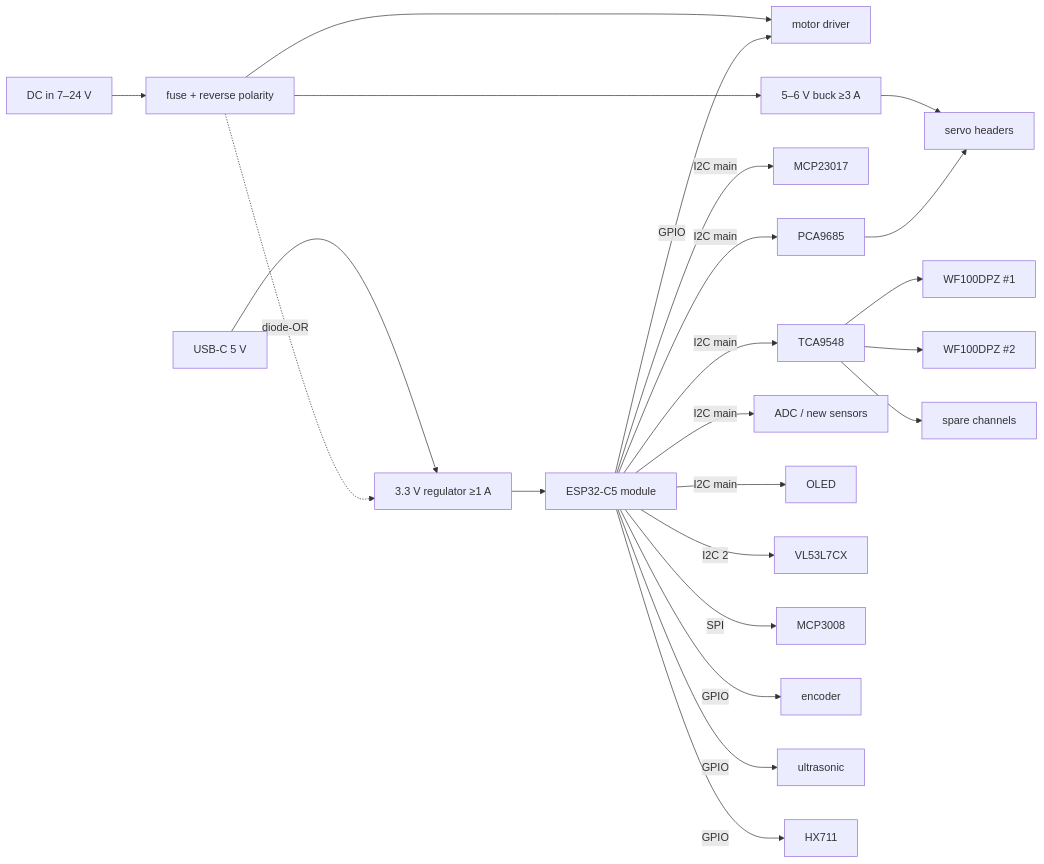
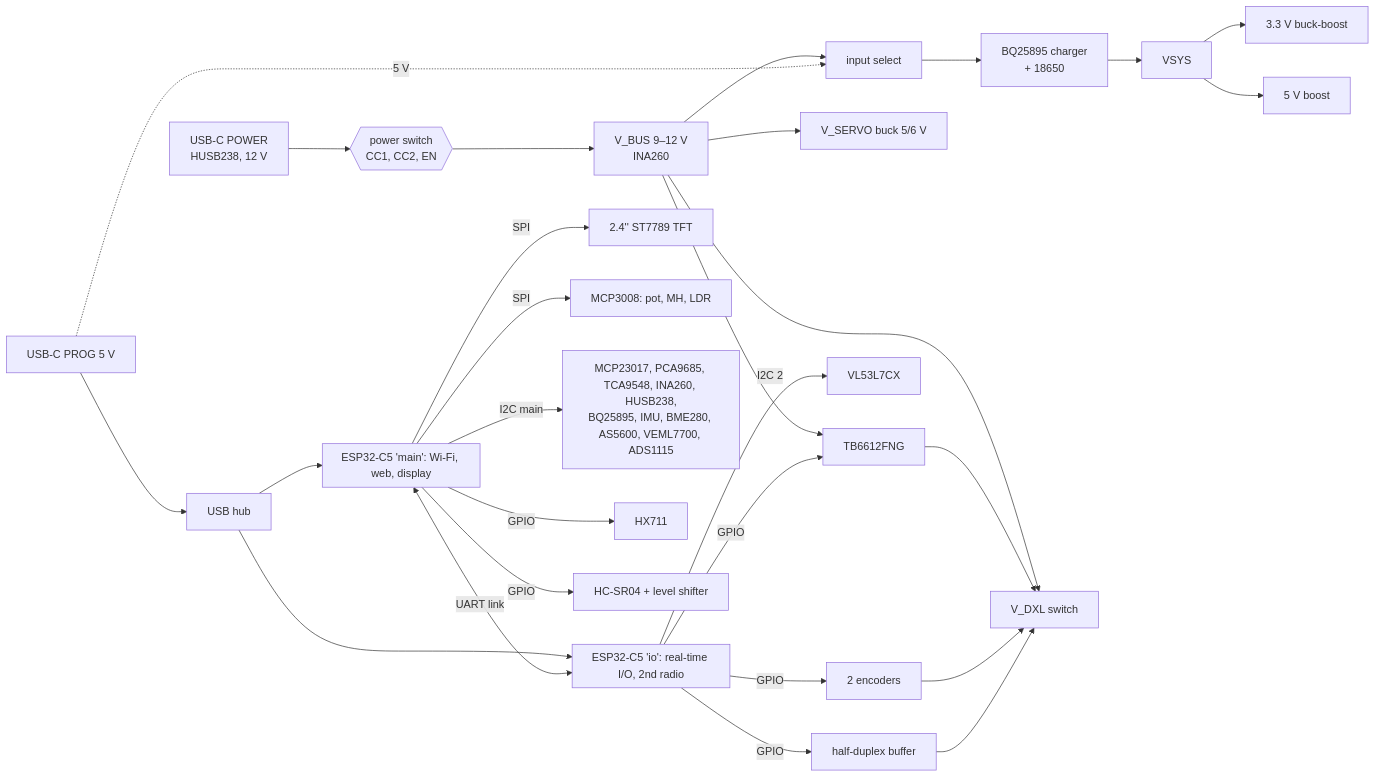
Before and after one commit to vgroenhuis/SensorTestSetup: the diagram in Electronics_KiCad/PCB_SPEC.md, drawn with Mermaid. The commit also changed other lines of this file, not shown here.

````diff
--- a/Electronics_KiCad/PCB_SPEC.md
+++ b/Electronics_KiCad/PCB_SPEC.md
@@ -67,15 +42,23 @@
 ```mermaid
 flowchart LR
-  USB[USB-C 5 V] --> LDO[3.3 V regulator ≥1 A]
-  DC[DC in 7–24 V] --> PROT[fuse + reverse polarity]
-  PROT --> MOT[motor driver]
-  PROT --> BUCK[5–6 V buck ≥3 A] --> SERVO[servo headers]
-  PROT -. diode-OR .-> LDO
-  LDO --> C5[ESP32-C5 module]
-  C5 -- I2C main --> MCP23017 & PCA9685 & TCA9548 & ADC2[ADC / new sensors] & OLED
-  TCA9548 --> P0[WF100DPZ #1] & P1[WF100DPZ #2] & SPARE[spare channels]
-  C5 -- I2C 2 --> TOF[VL53L7CX]
-  C5 -- SPI --> MCP3008
-  C5 -- GPIO --> MOT & ENC[encoder] & US[ultrasonic] & HX711
-  PCA9685 --> SERVO
+  PD[USB-C POWER<br>HUSB238, 12 V] --> SW{{power switch<br>CC1, CC2, EN}}
+  SW --> VBUS[V_BUS 9–12 V<br>INA260]
+  PROG[USB-C PROG 5 V] --> HUB[USB hub]
+  HUB --> A & B
+  VBUS --> MUX[input select] --> CHG[BQ25895 charger<br>+ 18650]
+  PROG -. 5 V .-> MUX
+  CHG --> VSYS[VSYS] --> R33[3.3 V buck-boost] & R5[5 V boost]
+  VBUS --> SERVO[V_SERVO buck 5/6 V] & MOT[TB6612FNG] & DXL[V_DXL switch]
+  subgraph A[ESP32-C5 'main': Wi-Fi, web, display]
+    direction TB
+  end
+  subgraph B[ESP32-C5 'io': real-time I/O, 2nd radio]
+    direction TB
+  end
+  A <-- UART link --> B
+  A -- SPI --> TFT[2.4'' ST7789 TFT] & ADC8[MCP3008: pot, MH, LDR]
+  A -- I2C main --> I2CDEV[MCP23017, PCA9685, TCA9548, INA260, HUSB238,<br>BQ25895, IMU, BME280, AS5600, VEML7700, ADS1115]
+  A -- GPIO --> HX[HX711] & US[HC-SR04 + level shifter]
+  B -- I2C 2 --> TOF[VL53L7CX]
+  B -- GPIO --> MOT & ENC[2 encoders] & DXLBUF[half-duplex buffer] --> DXL
 ```
````
